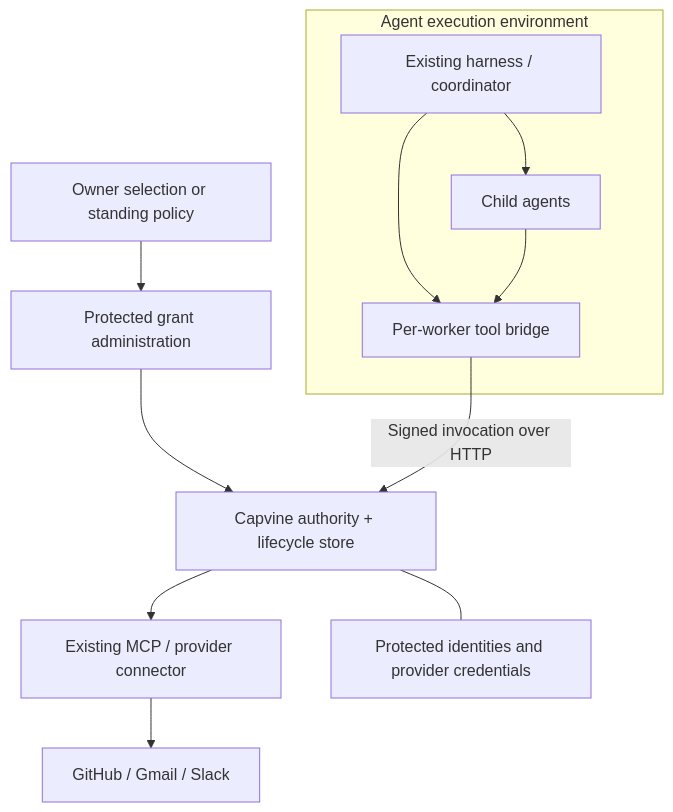
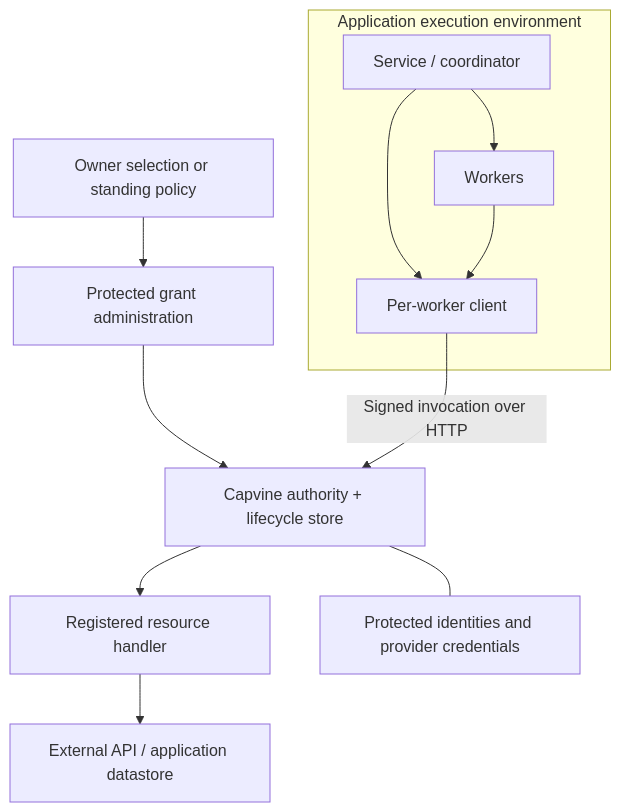
Before and after one commit to farming-labs/capvine: the diagram in docs/integration.md, drawn with Mermaid. The commit also changed other lines of this file and 9 other files, not shown here.

Commit message:
docs: clarify application and service authorization

````diff
--- a/docs/integration.md
+++ b/docs/integration.md
@@ -87,14 +87,14 @@
 ```mermaid
 flowchart TB
   Owner[Owner selection or standing policy] --> Admin[Protected grant administration]
-  subgraph Agent[Agent execution environment]
-    Harness[Existing harness / coordinator] --> Bridge[Per-worker tool bridge]
-    Harness --> Children[Child agents]
-    Children --> Bridge
+  subgraph Clients[Application execution environment]
+    Coordinator[Service / coordinator] --> Client[Per-worker client]
+    Coordinator --> Workers[Workers]
+    Workers --> Client
   end
   Admin --> Authority[Capvine authority + lifecycle store]
-  Bridge -->|Signed invocation over HTTP| Authority
-  Authority --> Connector[Existing MCP / provider connector]
-  Connector --> Services[GitHub / Gmail / Slack]
+  Client -->|Signed invocation over HTTP| Authority
+  Authority --> Handler[Registered resource handler]
+  Handler --> Resource[External API / application datastore]
   Authority --- Secrets[Protected identities and provider credentials]
 ```
````
